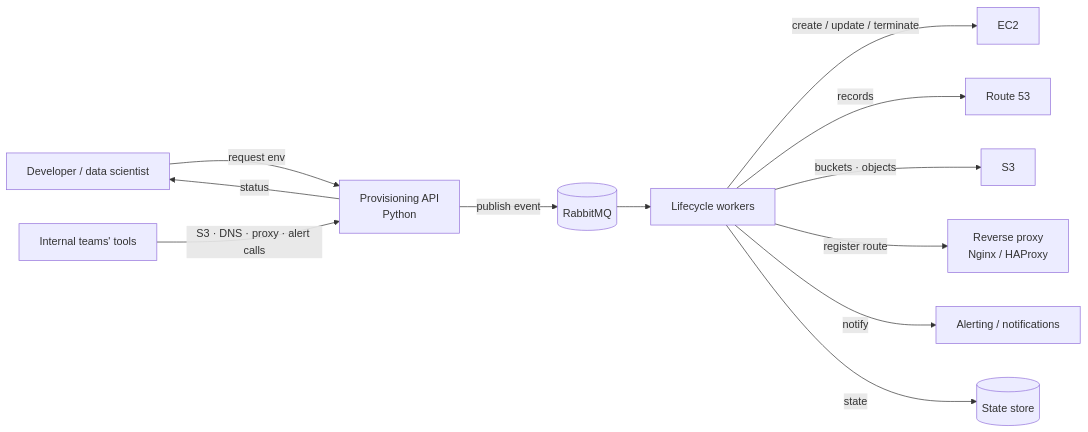
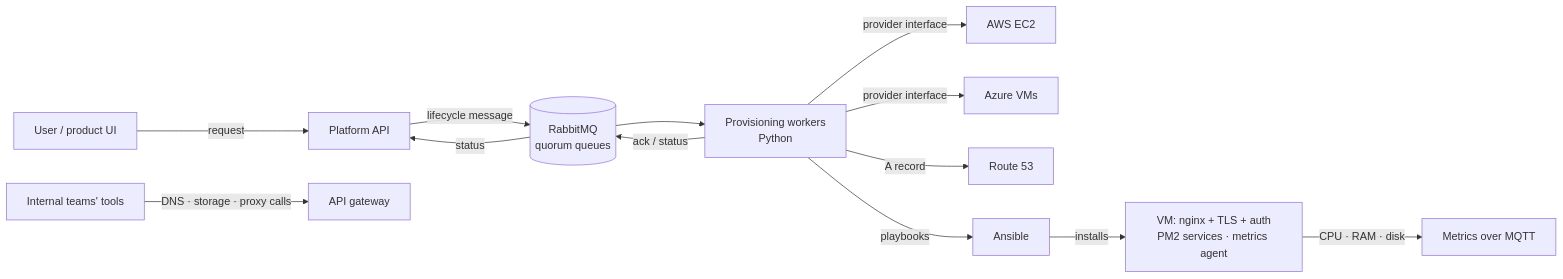
One commit to swaroop002/event-driven-infra-provisioning-platform changed the diagram in README.md. Above: the diagram before and after it, drawn with Mermaid. The commit also changed other lines of this file, not shown here.

````diff
--- a/README.md
+++ b/README.md
@@ -23,14 +32,15 @@
 ```mermaid
 flowchart LR
-    U[Developer / data scientist] -->|request env| API[Provisioning API<br/>Python]
-    T[Internal teams' tools] -->|S3 · DNS · proxy · alert calls| API
-    API -->|publish event| MQ[(RabbitMQ)]
-    MQ --> W[Lifecycle workers]
-    W -->|create / update / terminate| EC2[EC2]
-    W -->|records| R53[Route 53]
-    W -->|buckets · objects| S3[S3]
-    W -->|register route| PX[Reverse proxy<br/>Nginx / HAProxy]
-    W -->|notify| AL[Alerting / notifications]
-    W -->|state| DB[(State store)]
-    API -->|status| U
+    U[User / product UI] -->|request| API[Platform API]
+    T[Internal teams' tools] -->|DNS · storage · proxy calls| GW[API gateway]
+    API -->|lifecycle message| MQ[(RabbitMQ<br/>quorum queues)]
+    MQ --> W[Provisioning workers<br/>Python]
+    W -->|provider interface| AWS[AWS EC2]
+    W -->|provider interface| AZ[Azure VMs]
+    W -->|A record| R53[Route 53]
+    W -->|playbooks| ANS[Ansible]
+    ANS -->|installs| VM[VM: nginx + TLS + auth<br/>PM2 services · metrics agent]
+    W -->|ack / status| MQ
+    MQ -->|status| API
+    VM -->|CPU · RAM · disk| MON[Metrics over MQTT]
 ```
````
